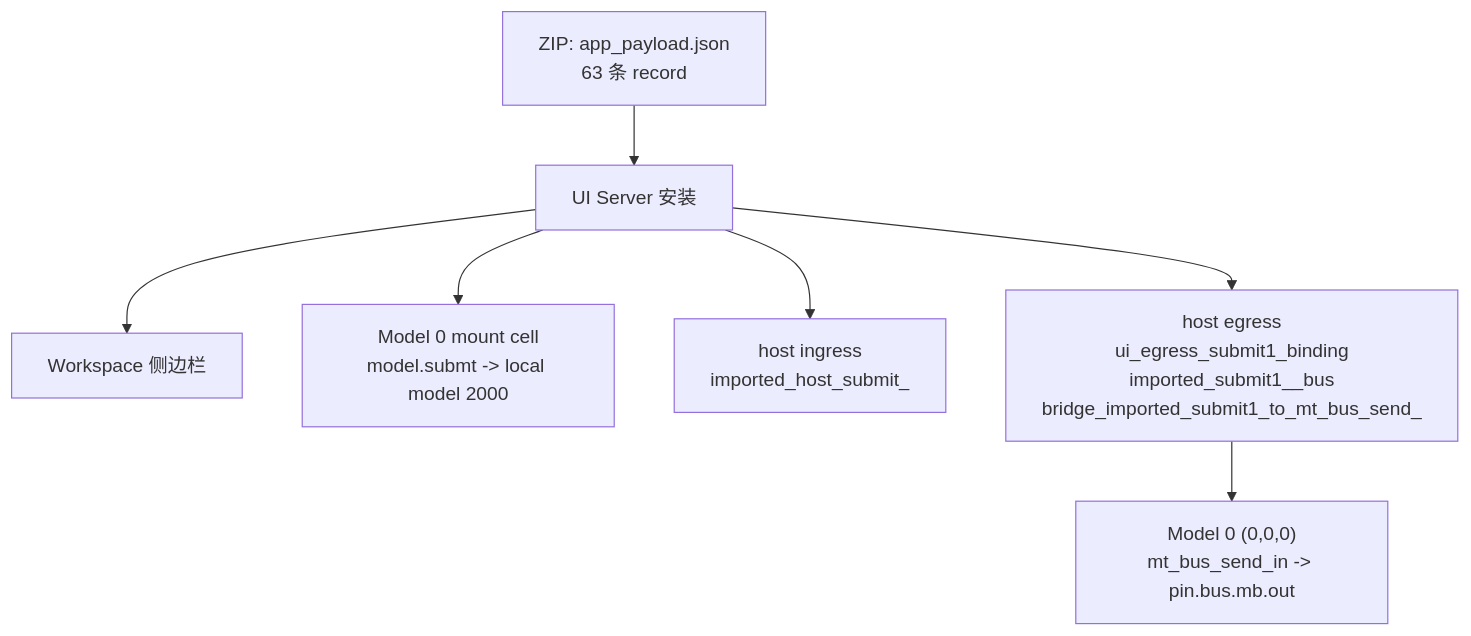
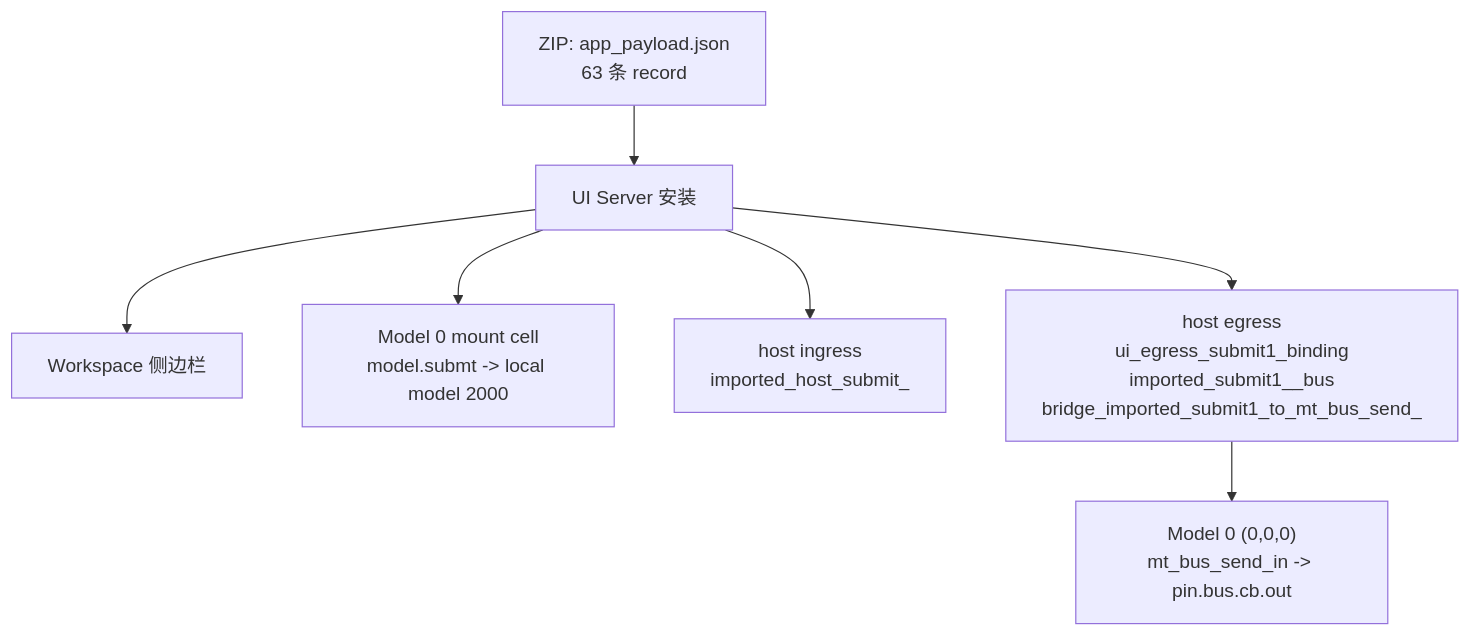
One commit to drooop/dongyu_js_core changed the third of 3 diagrams in docs/user-guide/slide-app-runtime/minimal_submit_app_provider_visualized.md. Above: the diagram before and after it, drawn with Mermaid. The commit also changed other lines of this file and 93 other files, not shown here.

````diff
--- a/docs/user-guide/slide-app-runtime/minimal_submit_app_provider_visualized.md
+++ b/docs/user-guide/slide-app-runtime/minimal_submit_app_provider_visualized.md
@@ -61,16 +61,16 @@
 ```mermaid
 flowchart TB
   Zip["ZIP: app_payload.json<br/>63 条 record"]
   Install["UI Server 安装"]
   Side["Workspace 侧边栏"]
   Submt["Model 0 mount cell<br/>model.submt -> local model 2000"]
   Ingress["host ingress<br/>imported_host_submit_<id>"]
   Egress["host egress<br/>ui_egress_submit1_binding<br/>imported_submit1_<id>_bus<br/>bridge_imported_submit1_to_mt_bus_send_<id>"]
-  Bus["Model 0 (0,0,0)<br/>mt_bus_send_in -> pin.bus.mb.out"]
+  Bus["Model 0 (0,0,0)<br/>mt_bus_send_in -> pin.bus.cb.out"]
   Zip --> Install
   Install --> Side
   Install --> Submt
   Install --> Ingress
   Install --> Egress
   Egress --> Bus
 ```
````
